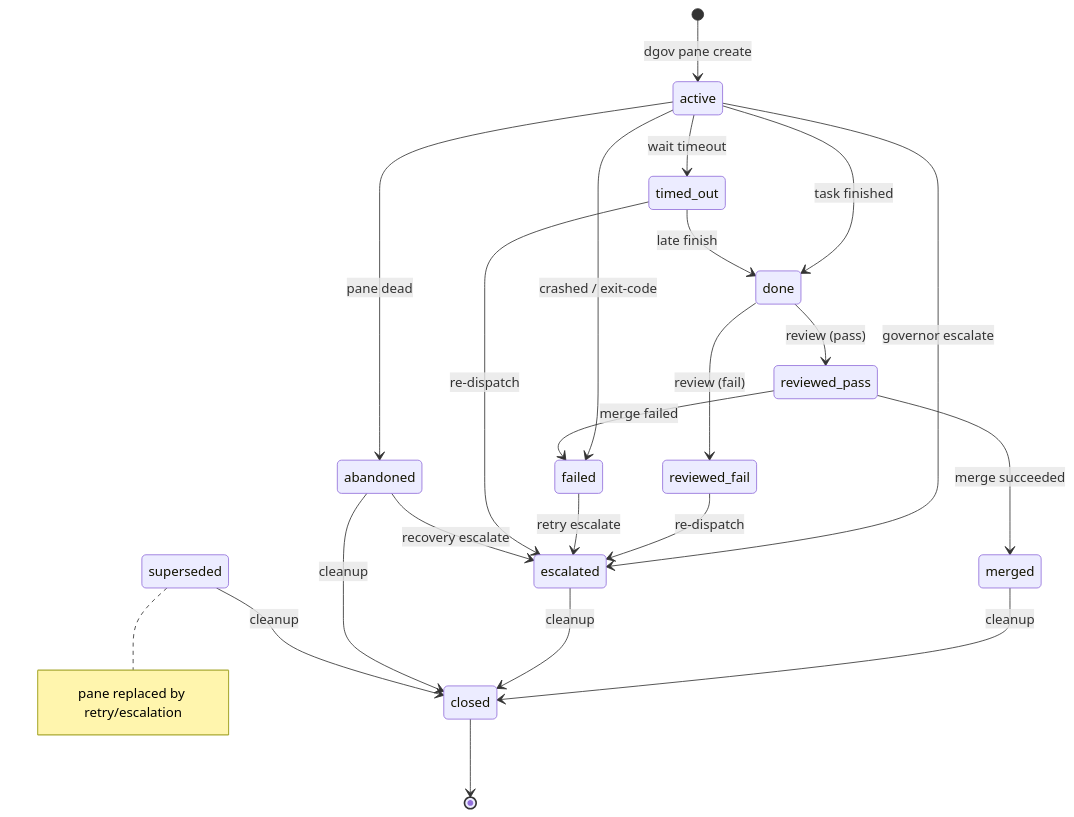
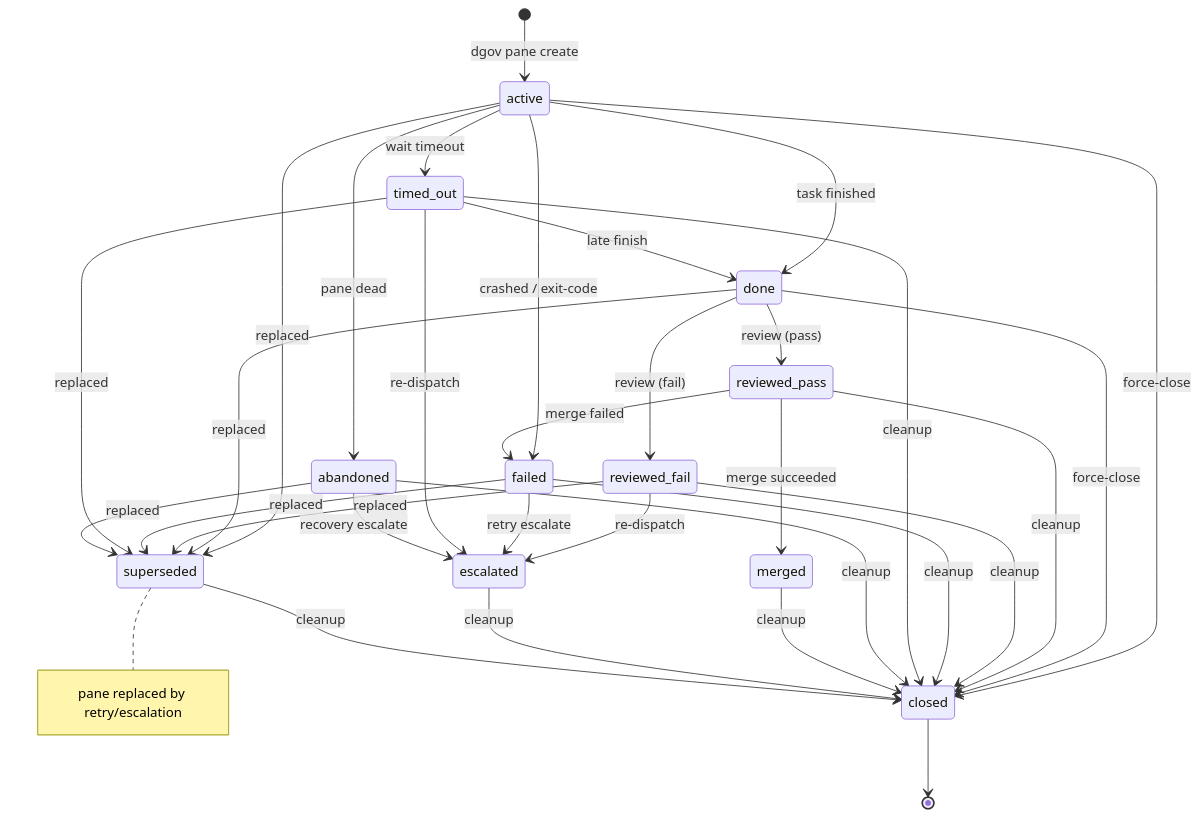
One commit to jameshgrn/dgov changed the diagram in README.md. Above: the diagram before and after it, drawn with Mermaid. The commit also changed other lines of this file, not shown here.

Commit message:
Update README lifecycle docs

````diff
--- a/README.md
+++ b/README.md
@@ -14,31 +14,44 @@
 ```mermaid
 stateDiagram-v2
     [*] --> active: dgov pane create
 
     active --> done: task finished
     active --> failed: crashed / exit-code
     active --> timed_out: wait timeout
     active --> abandoned: pane dead
-    active --> escalated: governor escalate
+    active --> closed: force-close
+    active --> superseded: replaced
 
     done --> reviewed_pass: review (pass)
     done --> reviewed_fail: review (fail)
+    done --> closed: force-close
+    done --> superseded: replaced
 
     reviewed_pass --> merged: merge succeeded
     reviewed_pass --> failed: merge failed
+    reviewed_pass --> closed: cleanup
+    reviewed_fail --> closed: cleanup
+    reviewed_fail --> superseded: replaced
     reviewed_fail --> escalated: re-dispatch
 
+    failed --> closed: cleanup
+    failed --> superseded: replaced
     failed --> escalated: retry escalate
+
     timed_out --> done: late finish
+    timed_out --> closed: cleanup
+    timed_out --> superseded: replaced
     timed_out --> escalated: re-dispatch
+
+    abandoned --> closed: cleanup
+    abandoned --> superseded: replaced
     abandoned --> escalated: recovery escalate
 
     merged --> closed: cleanup
     escalated --> closed: cleanup
-    abandoned --> closed: cleanup
     superseded --> closed: cleanup
 
     closed --> [*]
 
     note right of superseded: pane replaced by retry/escalation
 ```
````
